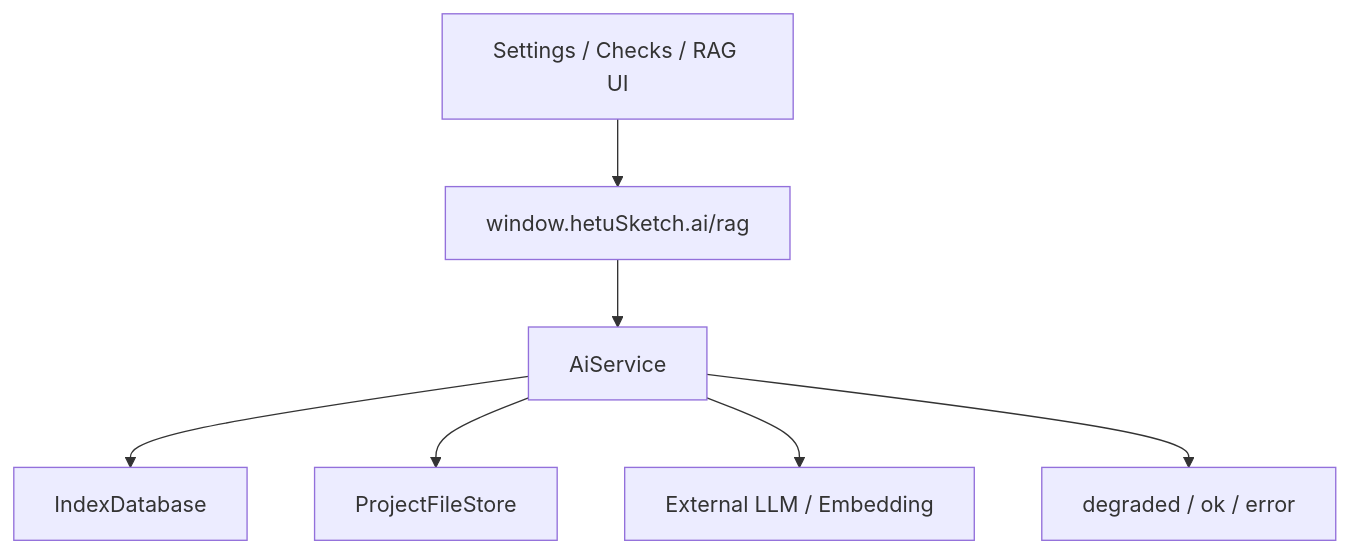
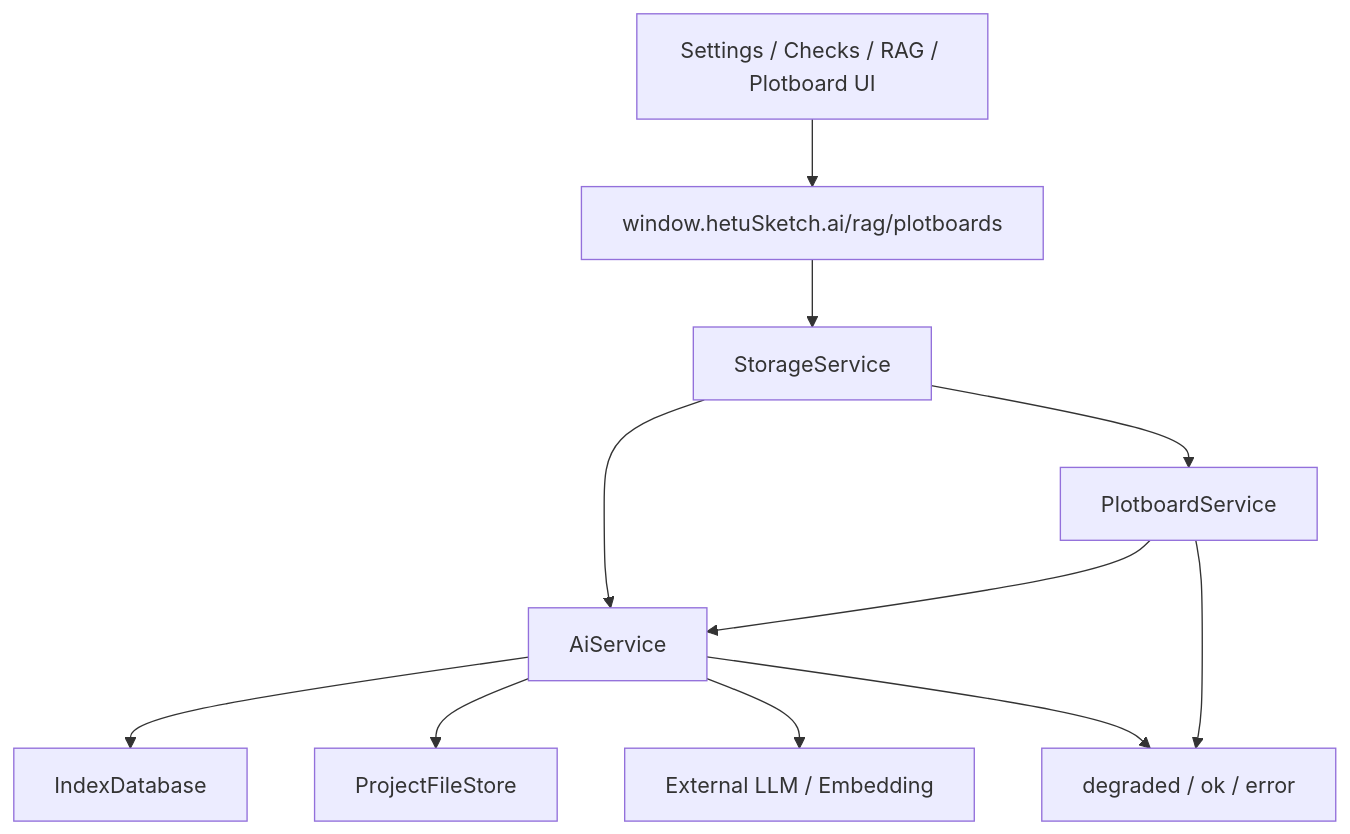
One commit to superwyq/HetuSketch changed the diagram in docs/40-modules/ai-rag/README.md. Above: the diagram before and after it, drawn with Mermaid. The commit also changed other lines of this file and 57 other files, not shown here.

````diff
--- a/docs/40-modules/ai-rag/README.md
+++ b/docs/40-modules/ai-rag/README.md
@@ -24,9 +25,13 @@
 ```mermaid
 flowchart TD
-  UI[Settings / Checks / RAG UI] --> IPC[window.hetuSketch.ai/rag]
-  IPC --> AI[AiService]
+  UI[Settings / Checks / RAG / Plotboard UI] --> IPC[window.hetuSketch.ai/rag/plotboards]
+  IPC --> Storage[StorageService]
+  Storage --> AI[AiService]
+  Storage --> Plotboard[PlotboardService]
+  Plotboard --> AI
   AI --> DB[IndexDatabase]
   AI --> FS[ProjectFileStore]
   AI --> Provider[External LLM / Embedding]
   AI --> Result[degraded / ok / error]
+  Plotboard --> Result
 ```
````
